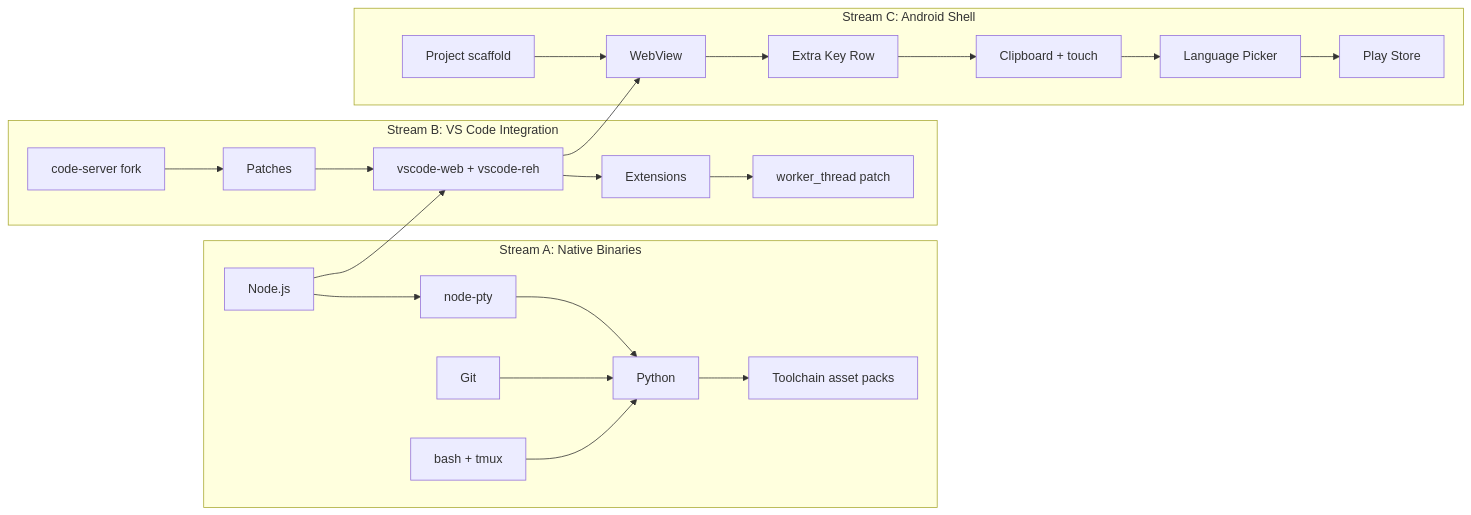
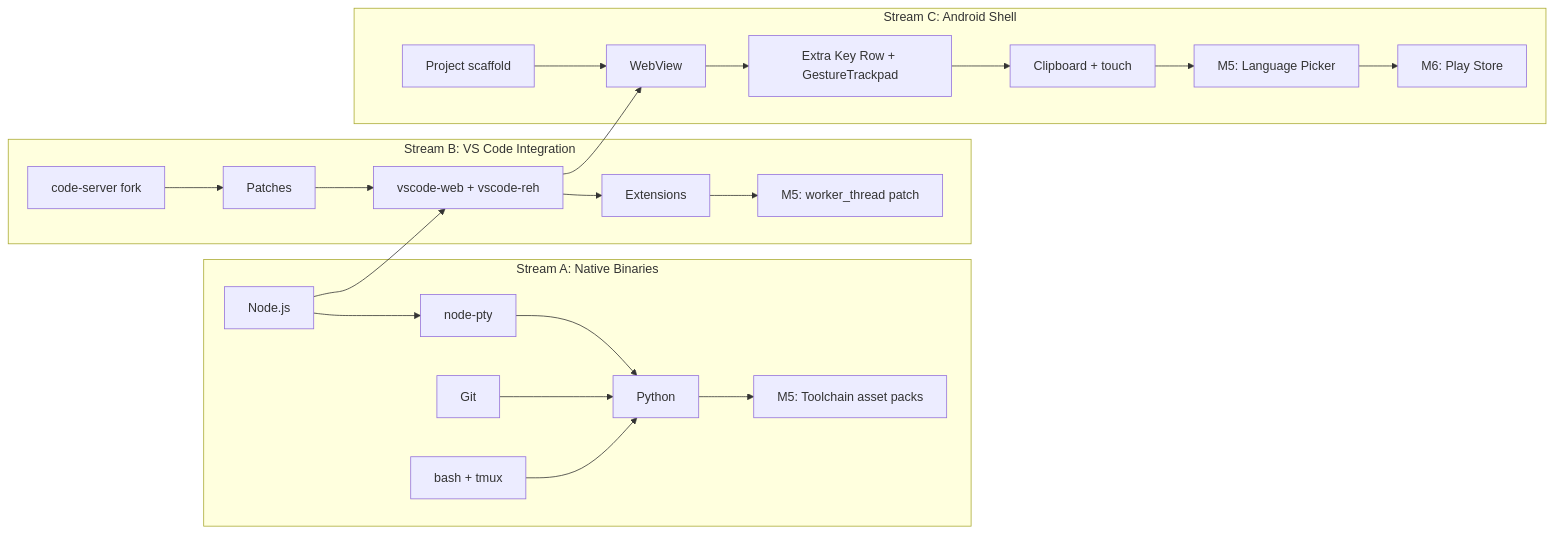
The second of 9 diagrams in docs/12-IMPLEMENTATION_PLAN.md (rmyndharis/VSCodroid), drawn with Mermaid before and after one commit. The commit also changed other lines of this file, not shown here.

````diff
--- a/docs/12-IMPLEMENTATION_PLAN.md
+++ b/docs/12-IMPLEMENTATION_PLAN.md
@@ -94,23 +102,23 @@
 ```mermaid
 flowchart LR
   subgraph WS1["Stream A: Native Binaries"]
     A1["Node.js"] --> A2["node-pty"] --> A3["Python"]
     A1b["Git"] --> A3
     A1c["bash + tmux"] --> A3
-    A3 --> A4["Toolchain asset packs"]
+    A3 --> A4["M5: Toolchain asset packs"]
   end
 
   subgraph WS2["Stream B: VS Code Integration"]
     B1["code-server fork"] --> B2["Patches"] --> B3["vscode-web + vscode-reh"]
-    B3 --> B4["Extensions"] --> B5["worker_thread patch"]
+    B3 --> B4["Extensions"] --> B5["M5: worker_thread patch"]
   end
 
   subgraph WS3["Stream C: Android Shell"]
-    C1["Project scaffold"] --> C2["WebView"] --> C3["Extra Key Row"]
-    C3 --> C4["Clipboard + touch"] --> C5["Language Picker"]
-    C5 --> C6["Play Store"]
+    C1["Project scaffold"] --> C2["WebView"] --> C3["Extra Key Row + GestureTrackpad"]
+    C3 --> C4["Clipboard + touch"] --> C5["M5: Language Picker"]
+    C5 --> C6["M6: Play Store"]
   end
 
   A1 --> B3
   B3 --> C2
 ```
````
